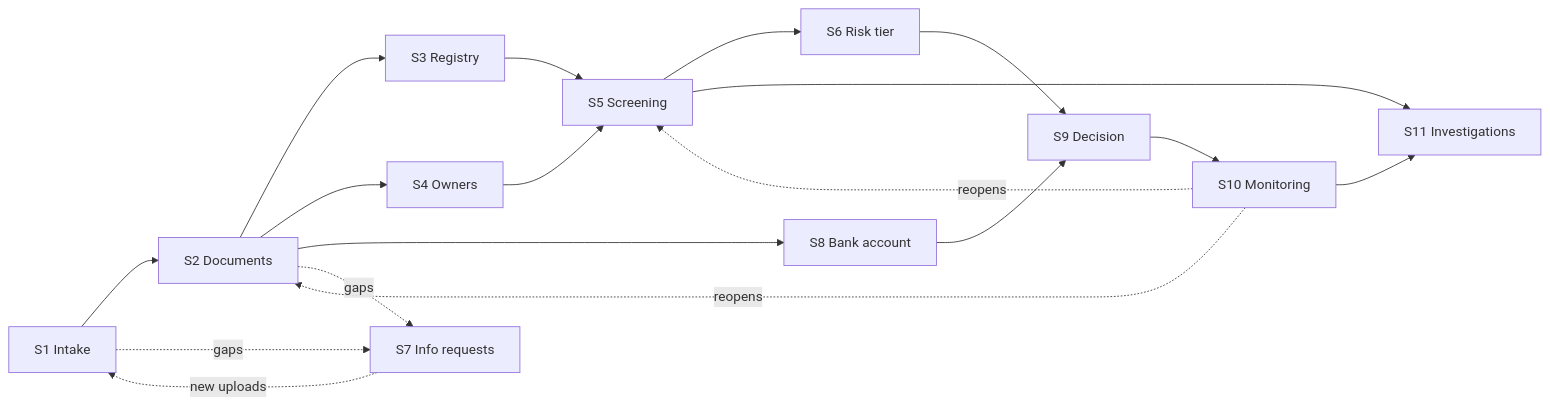
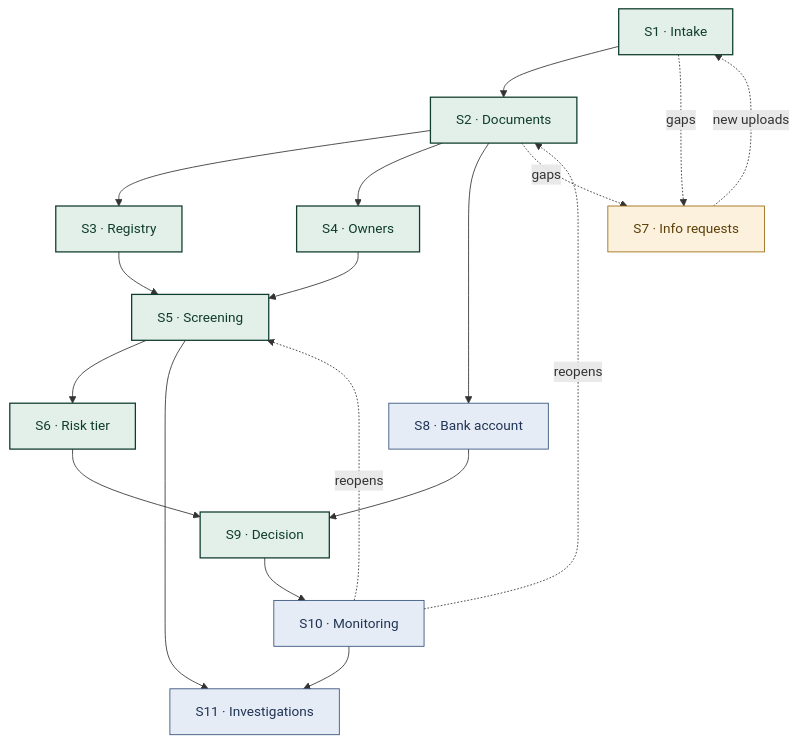
One commit to abeni-al7/ai-agent changed the diagram in docs/01-research-and-breakdown.md. Above: the diagram before and after it, drawn with Mermaid. The commit also changed 2 other files, not shown here.

Commit message:
Redraw design diagrams for clarity

````diff
--- a/docs/01-research-and-breakdown.md
+++ b/docs/01-research-and-breakdown.md
@@ -87,20 +87,19 @@
 ```mermaid
-flowchart LR
-  S1[S1 Intake] --> S2[S2 Documents]
-  S2 --> S3[S3 Registry]
-  S2 --> S4[S4 Owners]
-  S2 --> S8[S8 Bank account]
-  S3 --> S5[S5 Screening]
-  S4 --> S5
-  S5 --> S6[S6 Risk tier]
-  S6 --> S9[S9 Decision]
-  S8 --> S9
-  S1 -. gaps .-> S7[S7 Info requests]
-  S2 -. gaps .-> S7
-  S7 -. new uploads .-> S1
-  S9 --> S10[S10 Monitoring]
-  S10 -. reopens .-> S2
-  S10 -. reopens .-> S5
-  S5 --> S11[S11 Investigations]
-  S10 --> S11
+flowchart TB
+  S1["S1 · Intake"] --> S2["S2 · Documents"]
+  S2 --> S3["S3 · Registry"] & S4["S4 · Owners"] & S8["S8 · Bank account"]
+  S3 & S4 --> S5["S5 · Screening"]
+  S5 --> S6["S6 · Risk tier"]
+  S6 & S8 --> S9["S9 · Decision"]
+  S9 --> S10["S10 · Monitoring"]
+  S5 & S10 --> S11["S11 · Investigations"]
+  S1 & S2 -. "gaps" .-> S7["S7 · Info requests"]
+  S7 -. "new uploads" .-> S1
+  S10 -. "reopens" .-> S2 & S5
+  classDef path fill:#e3efe9,stroke:#0f3d2e,stroke-width:1.5px,color:#0f3d2e
+  classDef loop fill:#fbf1dc,stroke:#9a6b12,color:#5c3f07
+  classDef later fill:#e6ecf5,stroke:#33507a,color:#1f3354
+  class S1,S2,S3,S4,S5,S6,S9 path
+  class S7 loop
+  class S8,S10,S11 later
 ```
````
